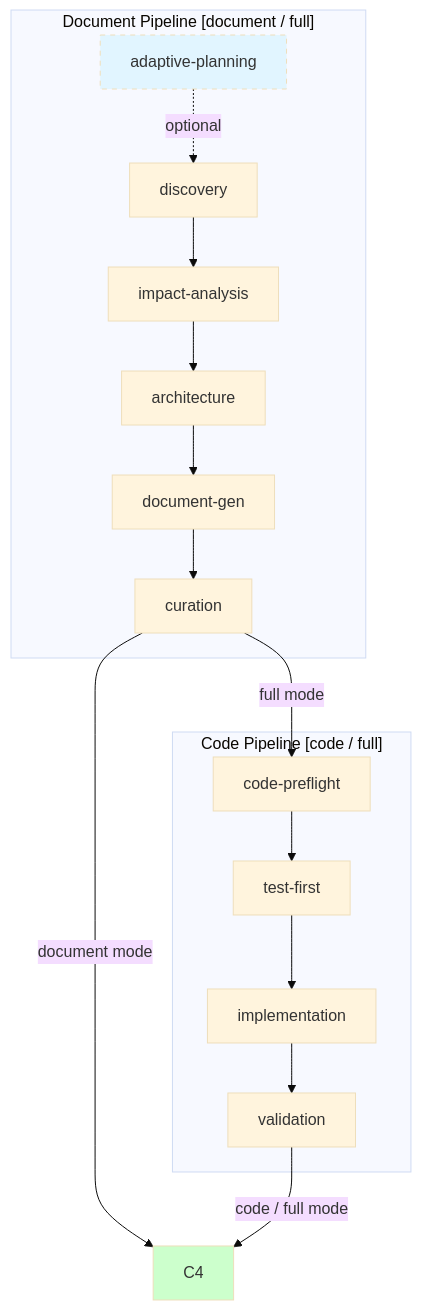
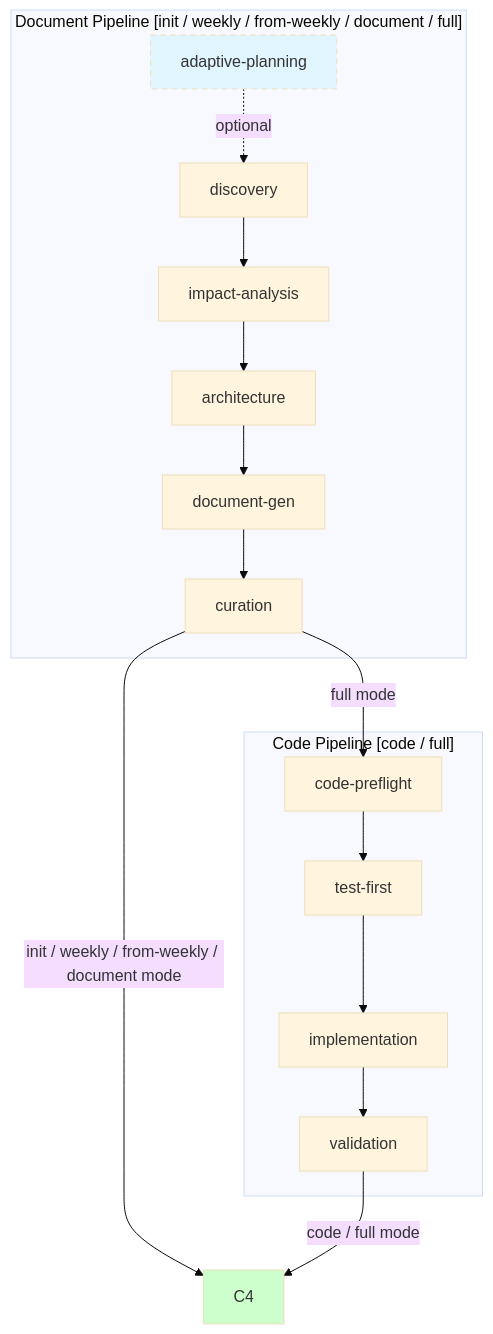
One commit to effiy/YrY changed the diagram in skills/build-feature/SKILL.md. Above: the diagram before and after it, drawn with Mermaid (base theme). The commit also changed other lines of this file and 8 other files, not shown here.

````diff
--- a/skills/build-feature/SKILL.md
+++ b/skills/build-feature/SKILL.md
@@ -95,16 +97,16 @@
 ```mermaid
 graph TD
-    subgraph "Document Pipeline [document / full]"
+    subgraph "Document Pipeline [init / weekly / from-weekly / document / full]"
         D0[adaptive-planning] -.->|optional| D1[discovery]
         D1 --> D2[impact-analysis] --> D3[architecture] --> D4[document-gen] --> D5[curation]
     end
     subgraph "Code Pipeline [code / full]"
         C0[code-preflight] --> C1[test-first] --> C2[implementation] --> C3[validation]
     end
     D5 -->|full mode| C0
-    D5 -->|document mode| C4
+    D5 -->|init / weekly / from-weekly / document mode| C4
     C3 -->|code / full mode| C4
 
     style D0 fill:#e1f5ff,stroke-dasharray:5
     style C4 fill:#ccffcc
 ```
````
